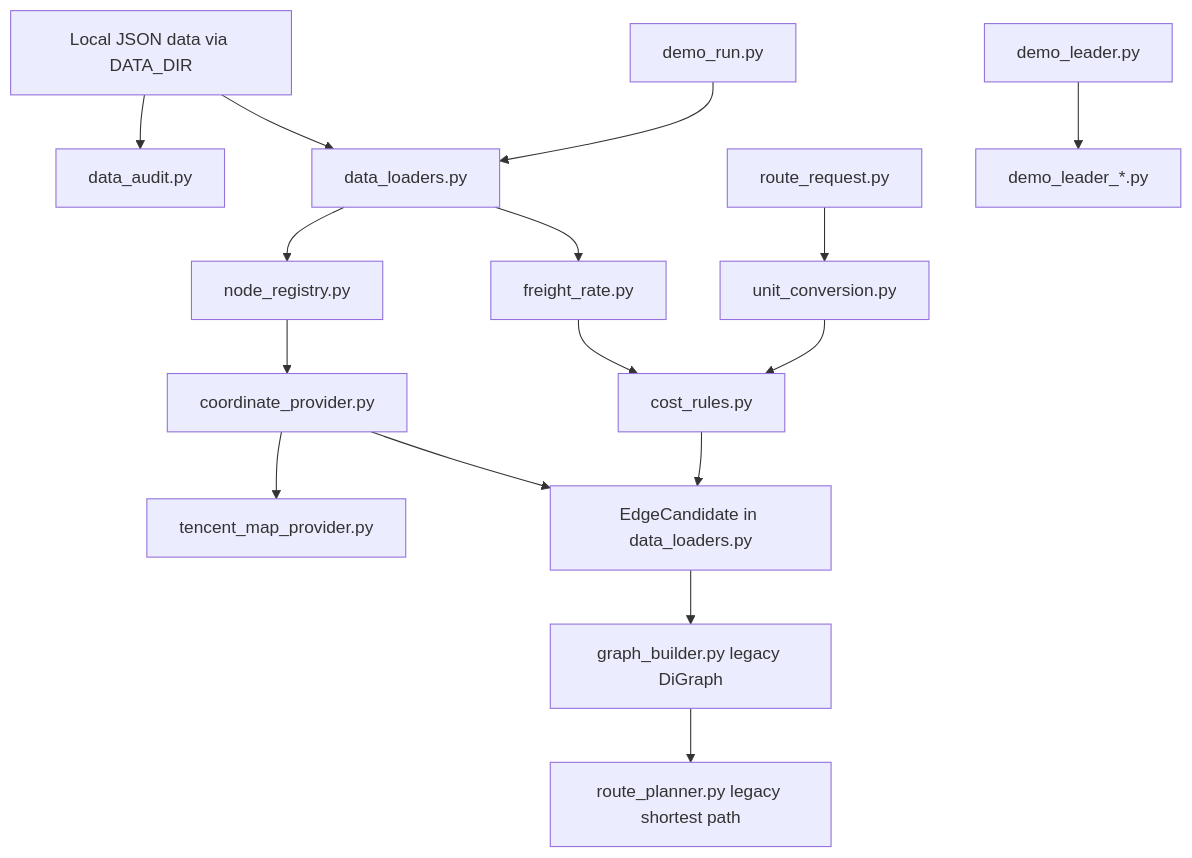
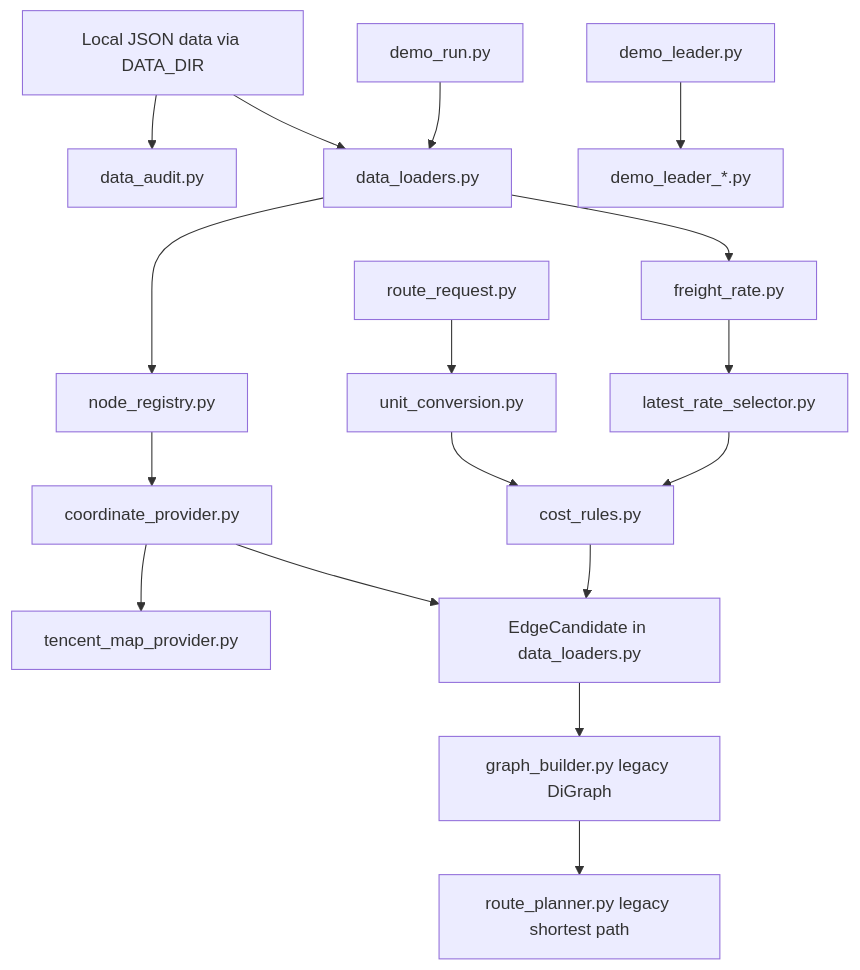
One commit to yumenou92-netizen/From-Port-to-Factory-A-Project-on-Transport-Route-Inference-Based-on-an-Open-Mapping-Platform changed the first of 2 diagrams in docs/ARCHITECTURE.md. Above: the diagram before and after it, drawn with Mermaid. The commit also changed other lines of this file and 15 other files, not shown here.

````diff
--- a/docs/ARCHITECTURE.md
+++ b/docs/ARCHITECTURE.md
@@ -9,23 +9,24 @@
 ```mermaid
 flowchart TD
     A["Local JSON data via DATA_DIR"] --> B["data_audit.py"]
     A --> C["data_loaders.py"]
 
     C --> D["node_registry.py"]
     D --> D2["coordinate_provider.py"]
     D2 --> D3["tencent_map_provider.py"]
     C --> E["freight_rate.py"]
+    E --> E2["latest_rate_selector.py"]
 
     F["route_request.py"] --> G["unit_conversion.py"]
     G --> H["cost_rules.py"]
-    E --> H
+    E2 --> H
 
     D2 --> I["EdgeCandidate in data_loaders.py"]
     H --> I
 
     I --> J["graph_builder.py legacy DiGraph"]
     J --> K["route_planner.py legacy shortest path"]
 
     L["demo_run.py"] --> C
     M["demo_leader.py"] --> N["demo_leader_*.py"]
 ```
````
